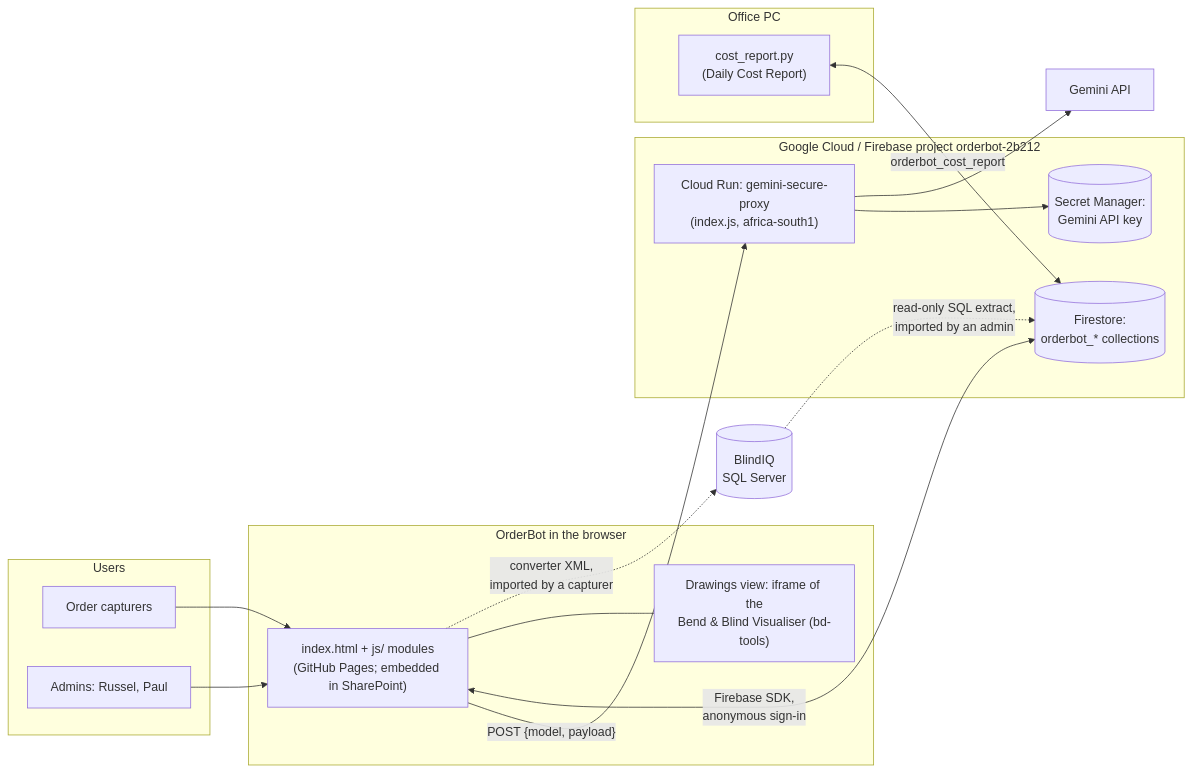
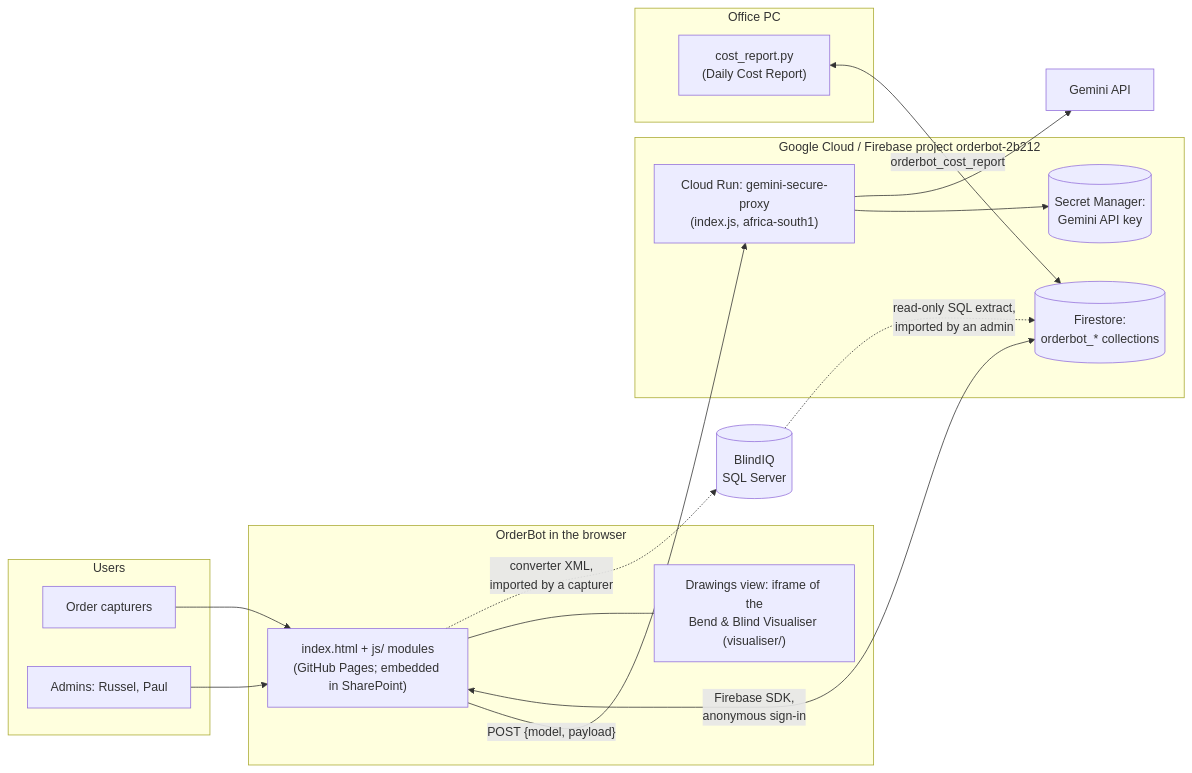
Before and after one commit to RussedyBussedy/OrderBot: the first of 2 diagrams in docs/architecture.md, drawn with Mermaid. The commit also changed other lines of this file and 19 other files, not shown here.

````diff
--- a/docs/architecture.md
+++ b/docs/architecture.md
@@ -7,32 +7,32 @@
 ```mermaid
 flowchart LR
     subgraph Users
         CAP[Order capturers]
         ADM[Admins: Russel, Paul]
     end
     subgraph Browser["OrderBot in the browser"]
         APP["index.html + js/ modules<br/>(GitHub Pages; embedded in SharePoint)"]
-        VIS["Drawings view: iframe of the<br/>Bend & Blind Visualiser (bd-tools)"]
+        VIS["Drawings view: iframe of the<br/>Bend & Blind Visualiser (visualiser/)"]
     end
     subgraph Google["Google Cloud / Firebase project orderbot-2b212"]
         PROXY["Cloud Run: gemini-secure-proxy<br/>(index.js, africa-south1)"]
         SM[(Secret Manager:<br/>Gemini API key)]
         FS[(Firestore:<br/>orderbot_* collections)]
     end
     GEM[Gemini API]
     subgraph Office["Office PC"]
         CR["cost_report.py<br/>(Daily Cost Report)"]
     end
     BIQ[(BlindIQ<br/>SQL Server)]
 
     CAP --> APP
     ADM --> APP
     APP -->|"POST {model, payload}"| PROXY
     PROXY --> SM
     PROXY --> GEM
     APP <-->|"Firebase SDK,<br/>anonymous sign-in"| FS
     APP --- VIS
     CR <-->|"orderbot_cost_report"| FS
     BIQ -.->|"read-only SQL extract,<br/>imported by an admin"| FS
     APP -.->|"converter XML,<br/>imported by a capturer"| BIQ
 ```
````
